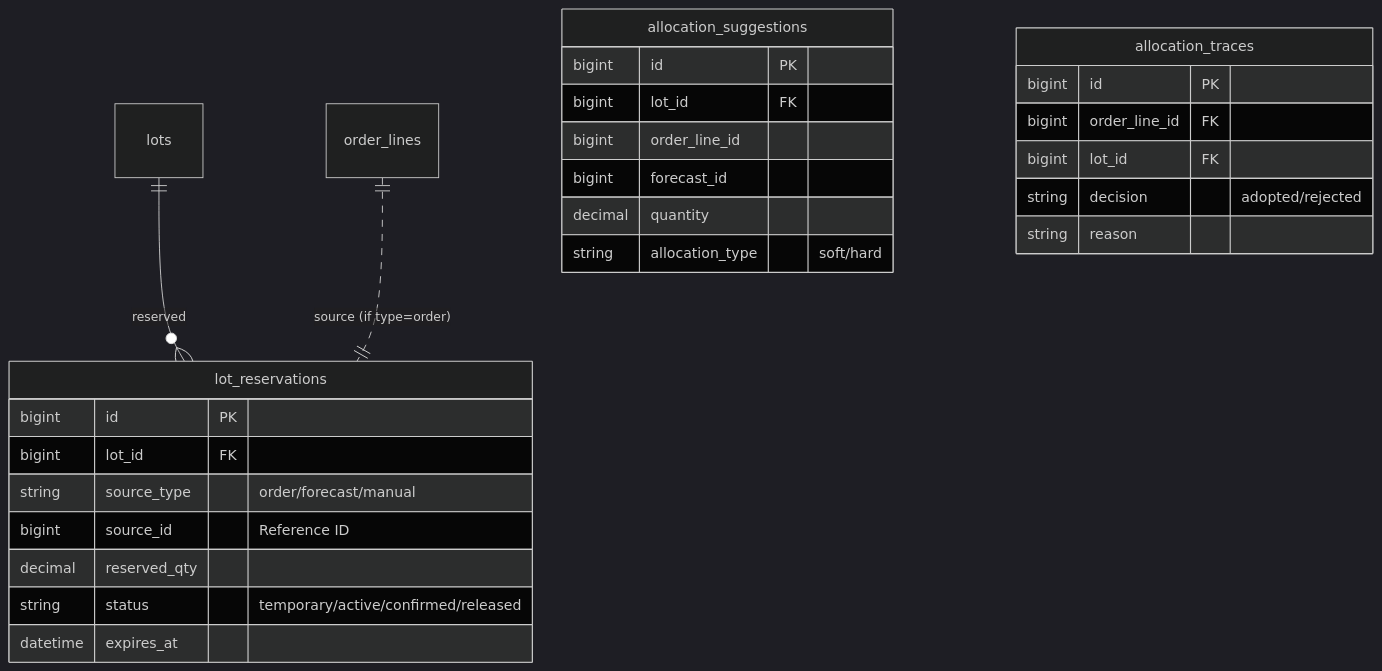
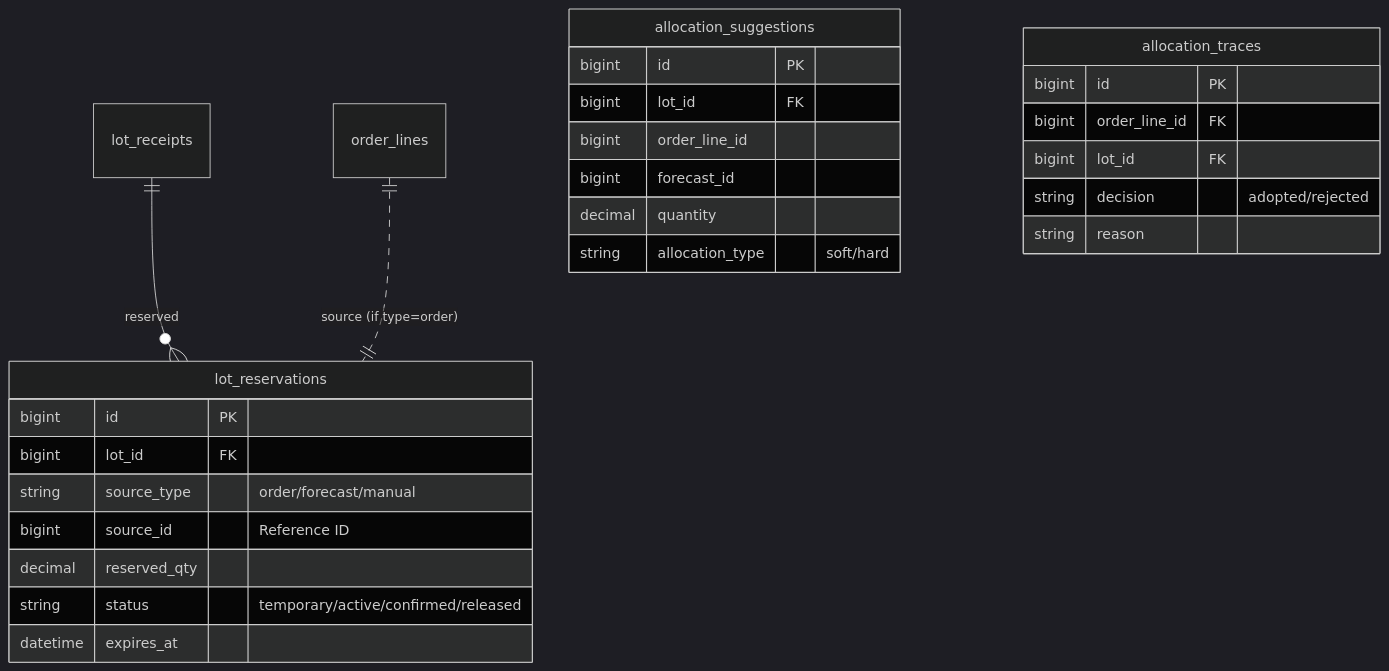
The sixth of 7 diagrams in docs/db/schema.md (cybons-lab/lot-management-system), drawn with Mermaid (dark theme) before and after one commit. The commit also changed other lines of this file and 3 other files, not shown here.

Commit message:
Update database docs for lot receipt schema

````diff
--- a/docs/db/schema.md
+++ b/docs/db/schema.md
@@ -300,32 +317,32 @@
 ```mermaid
 erDiagram
-    lots ||--o{ lot_reservations : "reserved"
+    lot_receipts ||--o{ lot_reservations : "reserved"
     
     %% 論理的な参照であり外部キー制約がない場合もあるが関係を示す
     order_lines ||..|| lot_reservations : "source (if type=order)"
 
     lot_reservations {
         bigint id PK
         bigint lot_id FK
         string source_type "order/forecast/manual"
         bigint source_id "Reference ID"
         decimal reserved_qty
         string status "temporary/active/confirmed/released"
         datetime expires_at
     }
     allocation_suggestions {
         bigint id PK
         bigint lot_id FK
         bigint order_line_id
         bigint forecast_id
         decimal quantity
         string allocation_type "soft/hard"
     }
     allocation_traces {
         bigint id PK
         bigint order_line_id FK
         bigint lot_id FK
         string decision "adopted/rejected"
         string reason
     }
 ```
````
